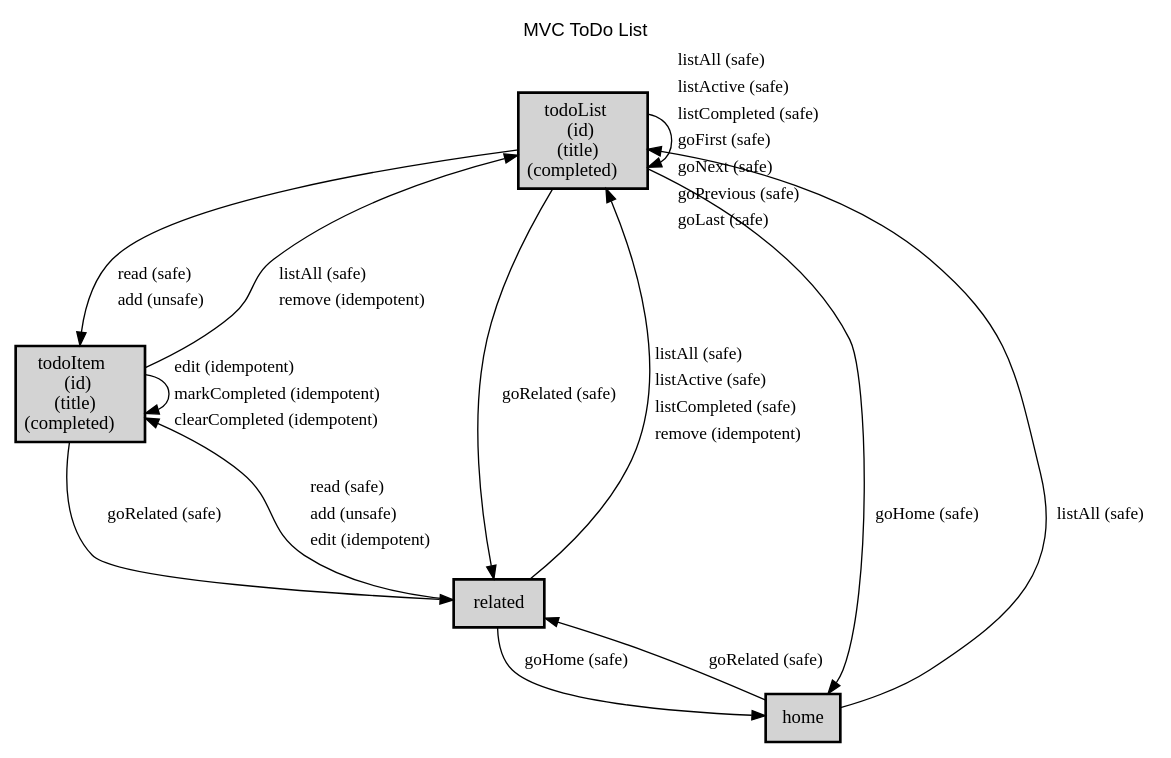
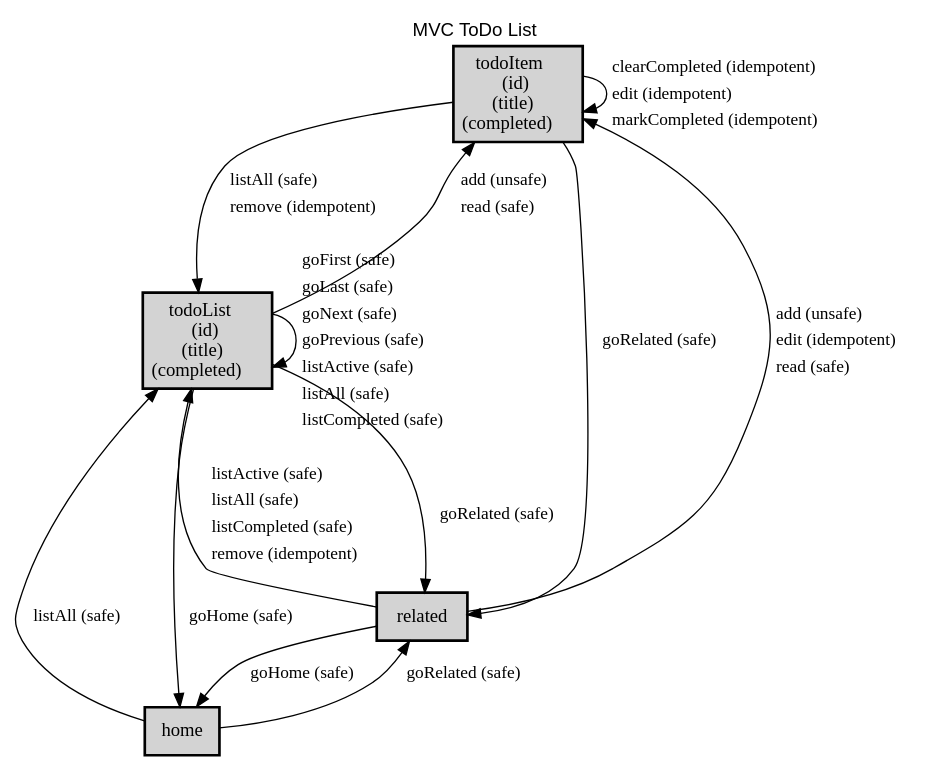
The diagram in docs/todomvc/profile.dot (alps-asd/app-state-diagram), drawn with Graphviz before and after one commit. The commit also changed 52 other files, not shown here.

```diff
--- a/docs/todomvc/profile.dot
+++ b/docs/todomvc/profile.dot
@@ -1,29 +1,29 @@
 digraph application_state_diagram {
   graph [
     labelloc="t";
     fontname="Helvetica"
     label="MVC ToDo List";
     URL="index.html" target="_parent"
   ];
   node [shape = box, style = "bold,filled" fillcolor="lightgray"];
 
+    todoItem [margin=0.02, label=<<table cellspacing="0" cellpadding="5" border="0"><tr><td>todoItem<br />(id)<br />(title)<br />(completed)<br /></td></tr></table>>,shape=box URL="docs/semantic.todoItem.html" target="_parent"]
     todoList [margin=0.02, label=<<table cellspacing="0" cellpadding="5" border="0"><tr><td>todoList<br />(id)<br />(title)<br />(completed)<br /></td></tr></table>>,shape=box URL="docs/semantic.todoList.html" target="_parent"]
-    todoItem [margin=0.02, label=<<table cellspacing="0" cellpadding="5" border="0"><tr><td>todoItem<br />(id)<br />(title)<br />(completed)<br /></td></tr></table>>,shape=box URL="docs/semantic.todoItem.html" target="_parent"]
 
+    home -> related [label = "goRelated (safe)" URL="docs/safe.goRelated.html" target="_parent" fontsize=13];
     home -> todoList [label = "listAll (safe)" URL="docs/safe.listAll.html" target="_parent" fontsize=13];
-    home -> related [label = "goRelated (safe)" URL="docs/safe.goRelated.html" target="_parent" fontsize=13];
     related -> home [label = "goHome (safe)" URL="docs/safe.goHome.html" target="_parent" fontsize=13];
-    related -> todoList [label=<<table  border="0"><tr><td align="left" href="docs/safe.listAll.html">listAll (safe)</td></tr><tr><td align="left" href="docs/safe.listActive.html">listActive (safe)</td></tr><tr><td align="left" href="docs/safe.listCompleted.html">listCompleted (safe)</td></tr><tr><td align="left" href="docs/idempotent.remove.html">remove (idempotent)</td></tr></table>> fontsize=13];
-    related -> todoItem [label=<<table  border="0"><tr><td align="left" href="docs/safe.read.html">read (safe)</td></tr><tr><td align="left" href="docs/unsafe.add.html">add (unsafe)</td></tr><tr><td align="left" href="docs/idempotent.edit.html">edit (idempotent)</td></tr></table>> fontsize=13];
-    todoList -> todoItem [label=<<table  border="0"><tr><td align="left" href="docs/safe.read.html">read (safe)</td></tr><tr><td align="left" href="docs/unsafe.add.html">add (unsafe)</td></tr></table>> fontsize=13];
-    todoList -> todoList [label=<<table  border="0"><tr><td align="left" href="docs/safe.listAll.html">listAll (safe)</td></tr><tr><td align="left" href="docs/safe.listActive.html">listActive (safe)</td></tr><tr><td align="left" href="docs/safe.listCompleted.html">listCompleted (safe)</td></tr><tr><td align="left" href="docs/safe.goFirst.html">goFirst (safe)</td></tr><tr><td align="left" href="docs/safe.goNext.html">goNext (safe)</td></tr><tr><td align="left" href="docs/safe.goPrevious.html">goPrevious (safe)</td></tr><tr><td align="left" href="docs/safe.goLast.html">goLast (safe)</td></tr></table>> fontsize=13];
+    related -> todoItem [label=<<table  border="0"><tr><td align="left" href="docs/unsafe.add.html">add (unsafe)</td></tr><tr><td align="left" href="docs/idempotent.edit.html">edit (idempotent)</td></tr><tr><td align="left" href="docs/safe.read.html">read (safe)</td></tr></table>> fontsize=13];
+    related -> todoList [label=<<table  border="0"><tr><td align="left" href="docs/safe.listActive.html">listActive (safe)</td></tr><tr><td align="left" href="docs/safe.listAll.html">listAll (safe)</td></tr><tr><td align="left" href="docs/safe.listCompleted.html">listCompleted (safe)</td></tr><tr><td align="left" href="docs/idempotent.remove.html">remove (idempotent)</td></tr></table>> fontsize=13];
+    todoItem -> related [label = "goRelated (safe)" URL="docs/safe.goRelated.html" target="_parent" fontsize=13];
+    todoItem -> todoItem [label=<<table  border="0"><tr><td align="left" href="docs/idempotent.clearCompleted.html">clearCompleted (idempotent)</td></tr><tr><td align="left" href="docs/idempotent.edit.html">edit (idempotent)</td></tr><tr><td align="left" href="docs/idempotent.markCompleted.html">markCompleted (idempotent)</td></tr></table>> fontsize=13];
+    todoItem -> todoList [label=<<table  border="0"><tr><td align="left" href="docs/safe.listAll.html">listAll (safe)</td></tr><tr><td align="left" href="docs/idempotent.remove.html">remove (idempotent)</td></tr></table>> fontsize=13];
     todoList -> home [label = "goHome (safe)" URL="docs/safe.goHome.html" target="_parent" fontsize=13];
     todoList -> related [label = "goRelated (safe)" URL="docs/safe.goRelated.html" target="_parent" fontsize=13];
-    todoItem -> todoList [label=<<table  border="0"><tr><td align="left" href="docs/safe.listAll.html">listAll (safe)</td></tr><tr><td align="left" href="docs/idempotent.remove.html">remove (idempotent)</td></tr></table>> fontsize=13];
-    todoItem -> todoItem [label=<<table  border="0"><tr><td align="left" href="docs/idempotent.edit.html">edit (idempotent)</td></tr><tr><td align="left" href="docs/idempotent.markCompleted.html">markCompleted (idempotent)</td></tr><tr><td align="left" href="docs/idempotent.clearCompleted.html">clearCompleted (idempotent)</td></tr></table>> fontsize=13];
-    todoItem -> related [label = "goRelated (safe)" URL="docs/safe.goRelated.html" target="_parent" fontsize=13];
+    todoList -> todoItem [label=<<table  border="0"><tr><td align="left" href="docs/unsafe.add.html">add (unsafe)</td></tr><tr><td align="left" href="docs/safe.read.html">read (safe)</td></tr></table>> fontsize=13];
+    todoList -> todoList [label=<<table  border="0"><tr><td align="left" href="docs/safe.goFirst.html">goFirst (safe)</td></tr><tr><td align="left" href="docs/safe.goLast.html">goLast (safe)</td></tr><tr><td align="left" href="docs/safe.goNext.html">goNext (safe)</td></tr><tr><td align="left" href="docs/safe.goPrevious.html">goPrevious (safe)</td></tr><tr><td align="left" href="docs/safe.listActive.html">listActive (safe)</td></tr><tr><td align="left" href="docs/safe.listAll.html">listAll (safe)</td></tr><tr><td align="left" href="docs/safe.listCompleted.html">listCompleted (safe)</td></tr></table>> fontsize=13];
 
     home [URL="docs/semantic.home.html" target="_parent"]
     related [URL="docs/semantic.related.html" target="_parent"]
 
 }
```
